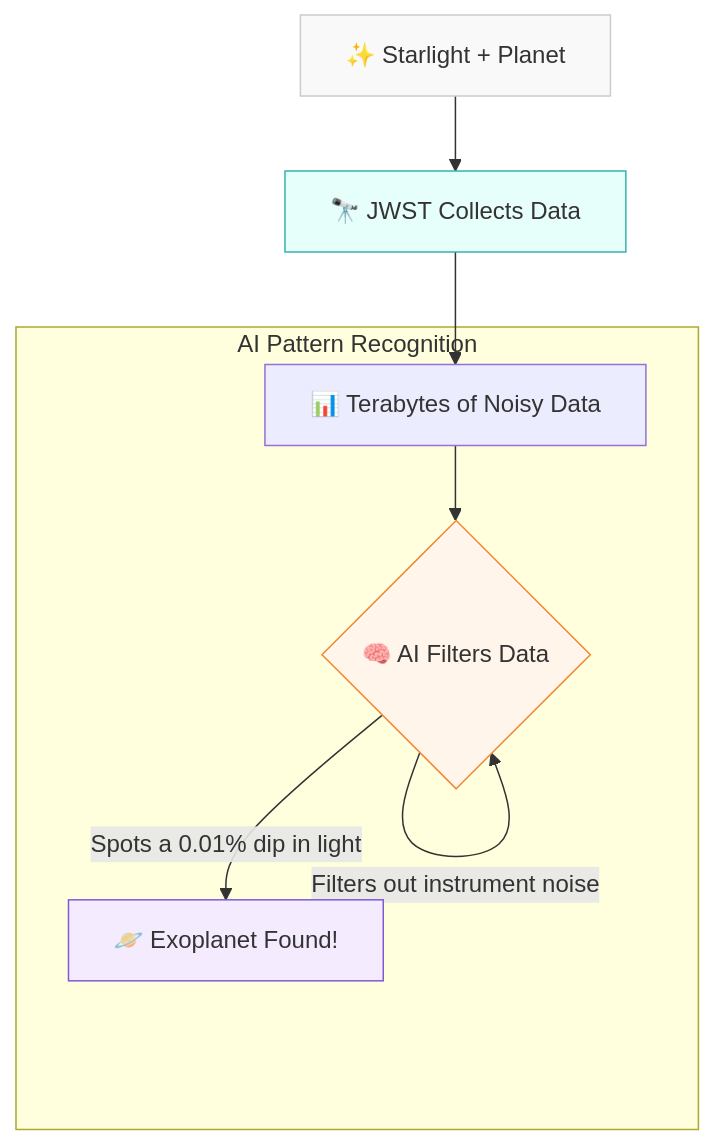
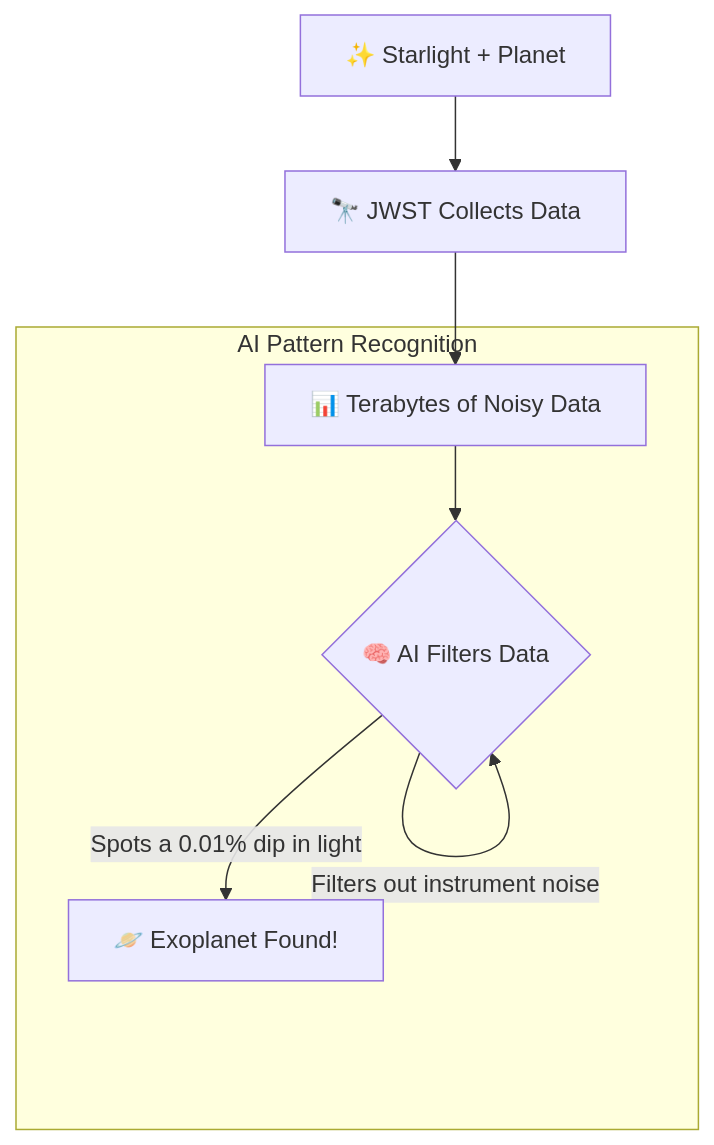
The second of 2 diagrams in line22_space_exploration.md (vdonthireddy/ai-knowledge-base), drawn with Mermaid before and after one commit. The commit also changed other lines of this file and 30 other files, not shown here.

Commit message:
chore: Rename files and fix mermaid diagram styles for dark mode compatibility

````diff
--- a/line22_space_exploration.md
+++ b/line22_space_exploration.md
@@ -69,17 +65,13 @@
 ```mermaid
 graph TD
     A[✨ Starlight + Planet] --> B[🔭 JWST Collects Data]
     B --> C[📊 Terabytes of Noisy Data]
     
     subgraph AI Pattern Recognition
     C --> D{🧠 AI Filters Data}
     D -- "Filters out blinding light" --> D
     D -- "Filters out instrument noise" --> D
     D -- "Spots a 0.01% dip in light" --> E[🪐 Exoplanet Found!]
     end
     
-    style A fill:#f9f9f9,stroke:#ccc
-    style B fill:#e6fffa,stroke:#38b2ac
-    style D fill:#fff5eb,stroke:#ed8936
-    style E fill:#f5ebff,stroke:#805ad5
 ```
````
